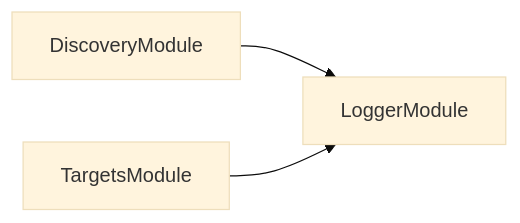
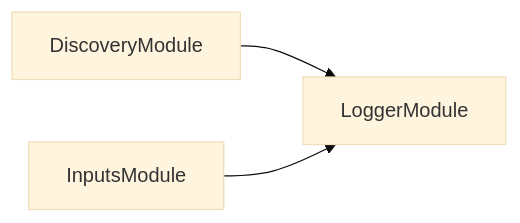
One commit to JimmyPaolini/codebase changed the second of 3 diagrams in packages/codometer-discovery/README.md. Above: the diagram before and after it, drawn with Mermaid (base theme). The commit also changed other lines of this file and 47 other files, not shown here.

````diff
--- a/packages/codometer-discovery/README.md
+++ b/packages/codometer-discovery/README.md
@@ -104,8 +96,8 @@
 ```mermaid
 flowchart LR
   DiscoveryModule
+  InputsModule
   LoggerModule
-  TargetsModule
   DiscoveryModule --> LoggerModule
-  TargetsModule --> LoggerModule
+  InputsModule --> LoggerModule
 ```
````
